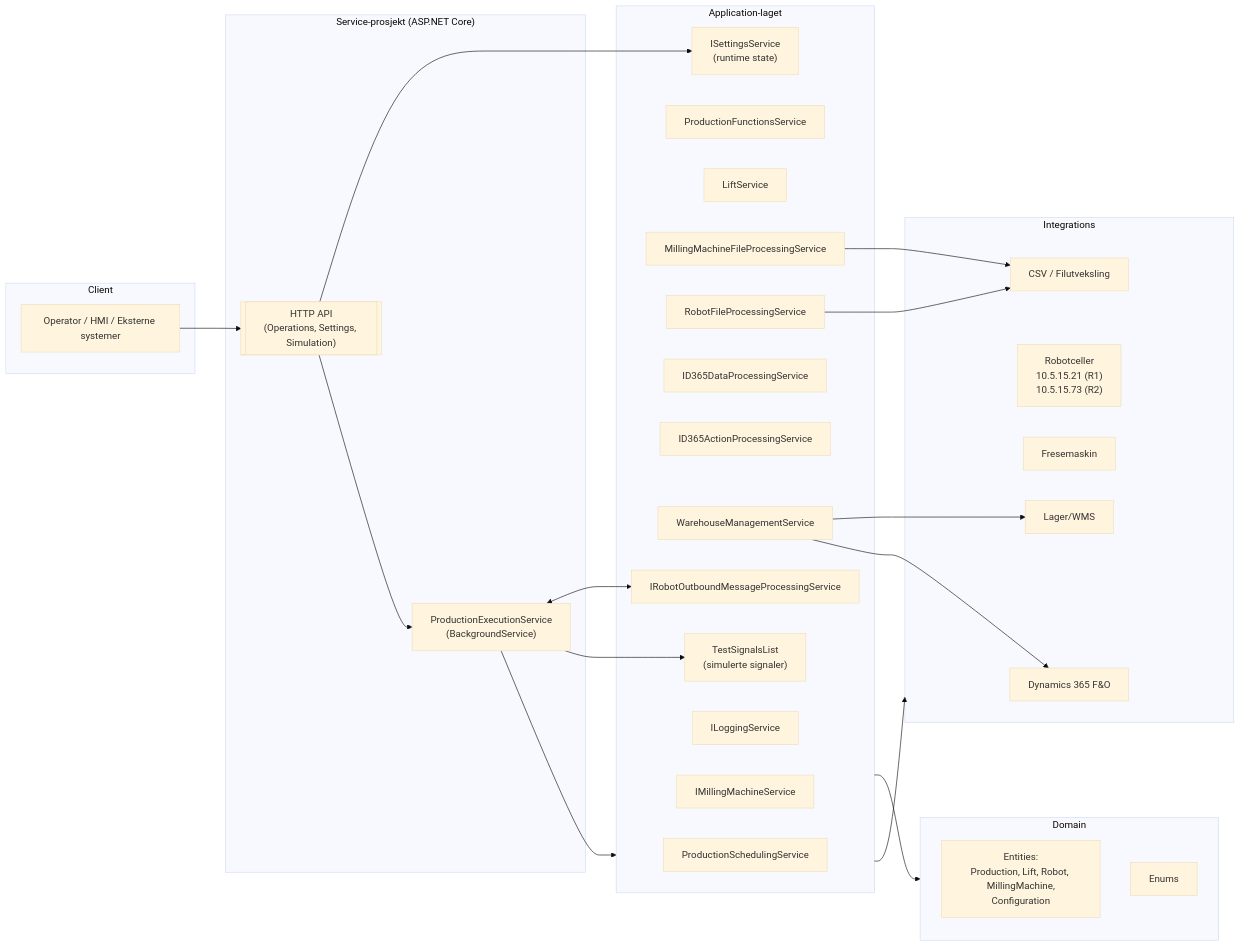
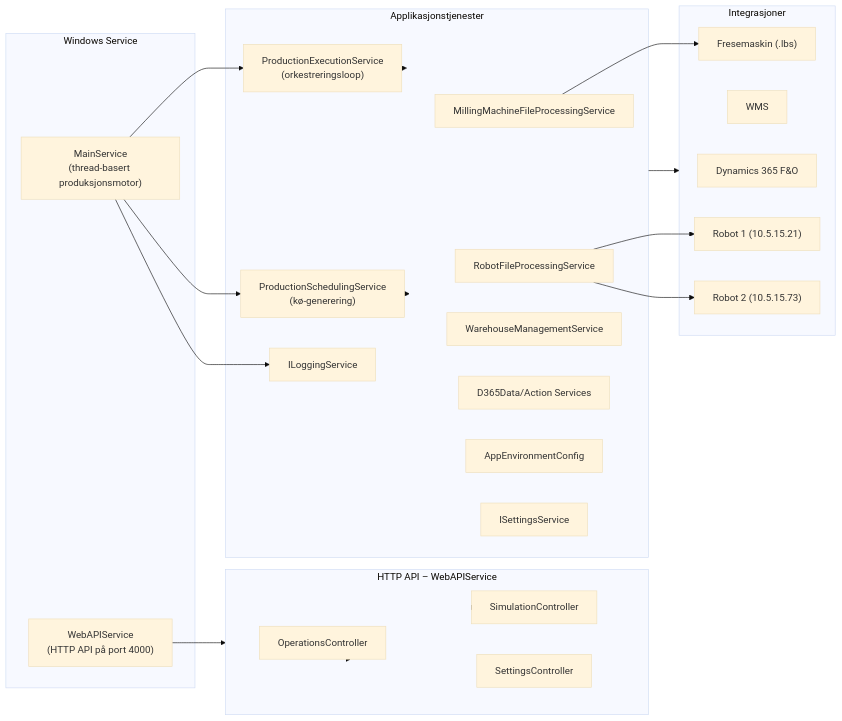
The first of 2 diagrams in README.md (CanerKaba/Garage), drawn with Mermaid (base theme) before and after one commit. The commit also changed other lines of this file, not shown here.

````diff
--- a/README.md
+++ b/README.md
@@ -68,53 +56,46 @@
 ```mermaid
 flowchart LR
-    subgraph Client
-      Operator["Operator / HMI / Eksterne systemer"]
+    subgraph Host ["Windows Service"]
+        Main["MainService\n(thread-basert produksjonsmotor)"]
+        API["WebAPIService\n(HTTP API på port 4000)"]
     end
 
-    subgraph Service["Service-prosjekt (ASP.NET Core)"]
-      API[["HTTP API\n(Operations, Settings, Simulation)"]]
-      Hosted["ProductionExecutionService\n(BackgroundService)"]
+    subgraph API_Lag ["HTTP API – WebAPIService"]
+        Ops["OperationsController"]
+        Sim["SimulationController"]
+        Set["SettingsController"]
     end
 
-    subgraph Application["Application-laget"]
-      Sched["ProductionSchedulingService"]
-      ProdFx["ProductionFunctionsService"]
-      LiftSvc["LiftService"]
-      MillFile["MillingMachineFileProcessingService"]
-      RobFile["RobotFileProcessingService"]
-      D365Data["ID365DataProcessingService"]
-      D365Act["ID365ActionProcessingService"]
-      WMS["WarehouseManagementService"]
-      IO["IRobotOutboundMessageProcessingService"]
-      Settings["ISettingsService\n(runtime state)"]
-      Log["ILoggingService"]
-      MillSvc["IMillingMachineService"]
-      TestSignals["TestSignalsList\n(simulerte signaler)"]
+    subgraph AppLag ["Applikasjonstjenester"]
+        Exec["ProductionExecutionService\n(orkestreringsloop)"]
+        Sched["ProductionSchedulingService\n(kø-generering)"]
+        Mill["MillingMachineFileProcessingService"]
+        Rob["RobotFileProcessingService"]
+        WMS["WarehouseManagementService"]
+        D365["D365Data/Action Services"]
+        Log["ILoggingService"]
+        Env["AppEnvironmentConfig"]
+        Settings["ISettingsService"]
     end
 
-    subgraph Domain
-      Entities["Entities:\nProduction, Lift, Robot, MillingMachine,\nConfiguration"]
-      Enums["Enums"]
+    subgraph Integrasjoner
+        D365Sys["Dynamics 365 F&O"]
+        WmsSys["WMS"]
+        Robot1["Robot 1 (10.5.15.21)"]
+        Robot2["Robot 2 (10.5.15.73)"]
+        Milling["Fresemaskin (.lbs)"]
     end
 
-    subgraph Integrations
-      D365["Dynamics 365 F&O"]
-      Robots["Robotceller\n10.5.15.21 (R1)\n10.5.15.73 (R2)"]
-      Milling["Fresemaskin"]
-      Storage["Lager/WMS"]
-      Files["CSV / Filutveksling"]
-    end
-
-    Operator --> API
-    API --> Settings
-    API --> Hosted
-    Hosted --> Application
-    Hosted <--> IO
-    Hosted --> TestSignals
-    Application --> Domain
-    Application --> Integrations
-    MillFile --> Files
-    RobFile --> Files
-    WMS --> Storage
-    WMS --> D365
+    Main --> Exec
+    Main --> Sched
+    Main --> Log
+    API --> API_Lag
+    API_Lag --> Ops
+    API_Lag --> Sim
+    API_Lag --> Set
+    Exec --> AppLag
+    Sched --> AppLag
+    AppLag --> Integrasjoner
+    Rob --> Robot1 & Robot2
+    Mill --> Milling
 ```
````
